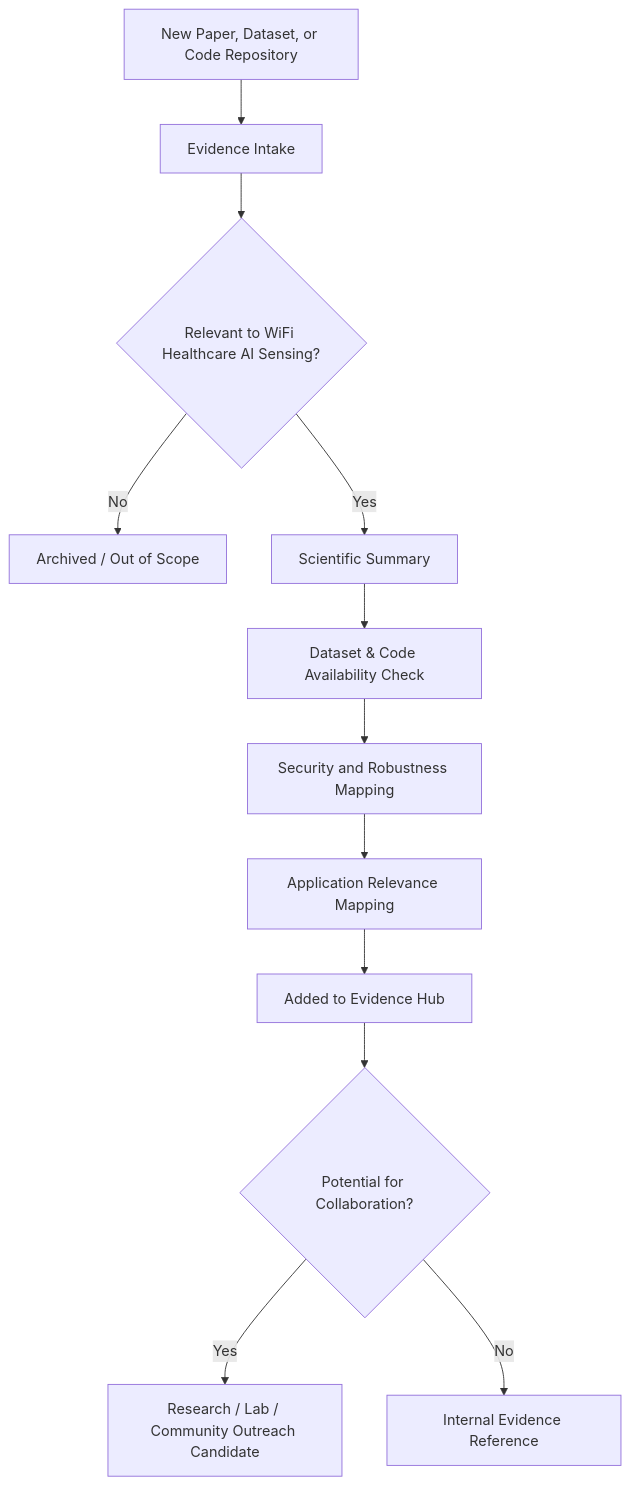
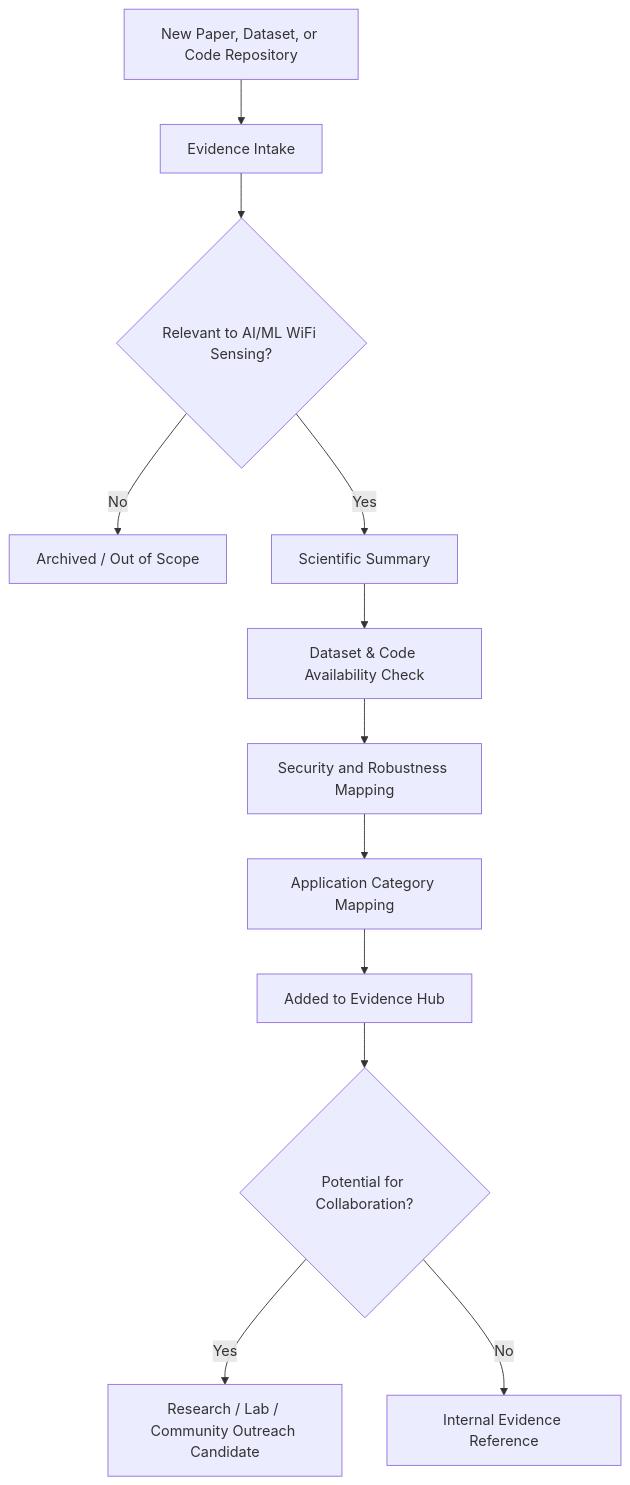
One commit to shahram-h-hesari/ai-ml-wifi-sensing-hub changed the second of 2 diagrams in README.md. Above: the diagram before and after it, drawn with Mermaid. The commit also changed other lines of this file, not shown here.

Commit message:
Update README for AI/ML WiFi Sensing Hub positioning

````diff
--- a/README.md
+++ b/README.md
@@ -103,17 +135,17 @@
 ```mermaid
 flowchart TD
     A["New Paper, Dataset, or Code Repository"] --> B["Evidence Intake"]
-    B --> C{"Relevant to WiFi Healthcare AI Sensing?"}
+    B --> C{"Relevant to AI/ML WiFi Sensing?"}
 
     C -- "No" --> Z["Archived / Out of Scope"]
     C -- "Yes" --> D["Scientific Summary"]
 
     D --> E["Dataset & Code Availability Check"]
     E --> F["Security and Robustness Mapping"]
-    F --> G["Application Relevance Mapping"]
+    F --> G["Application Category Mapping"]
     G --> H["Added to Evidence Hub"]
 
     H --> I{"Potential for Collaboration?"}
     I -- "Yes" --> J["Research / Lab / Community Outreach Candidate"]
     I -- "No" --> K["Internal Evidence Reference"]
 ```
````
